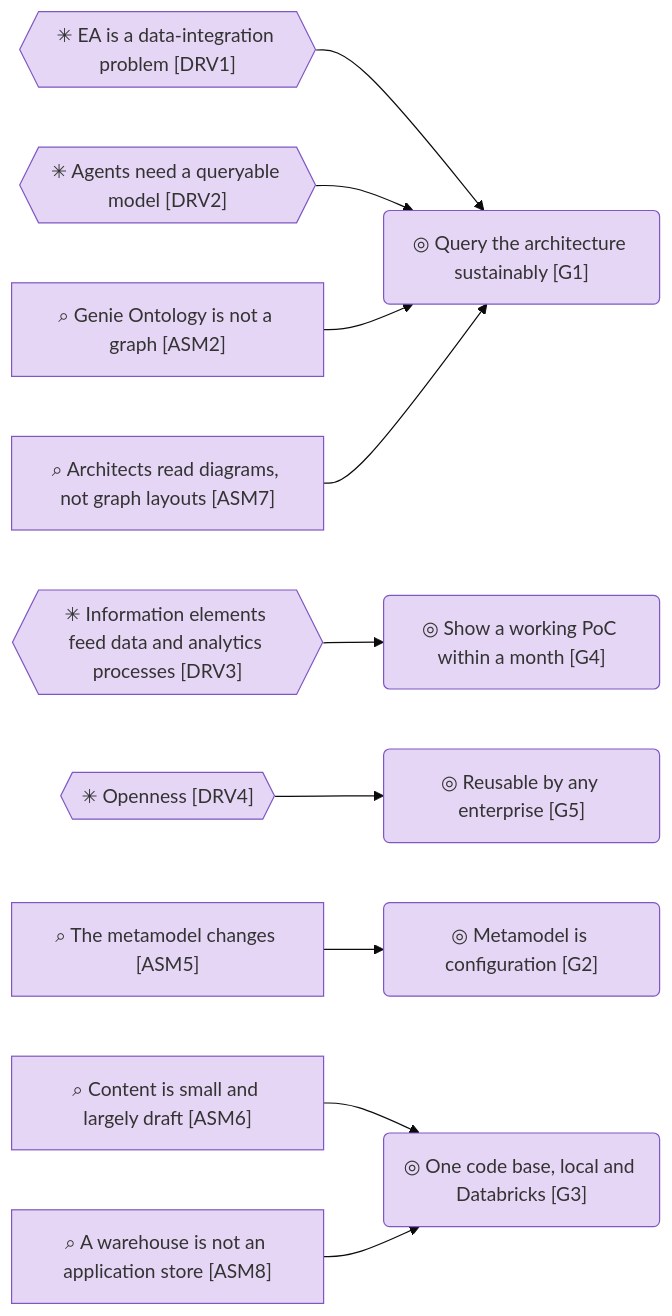
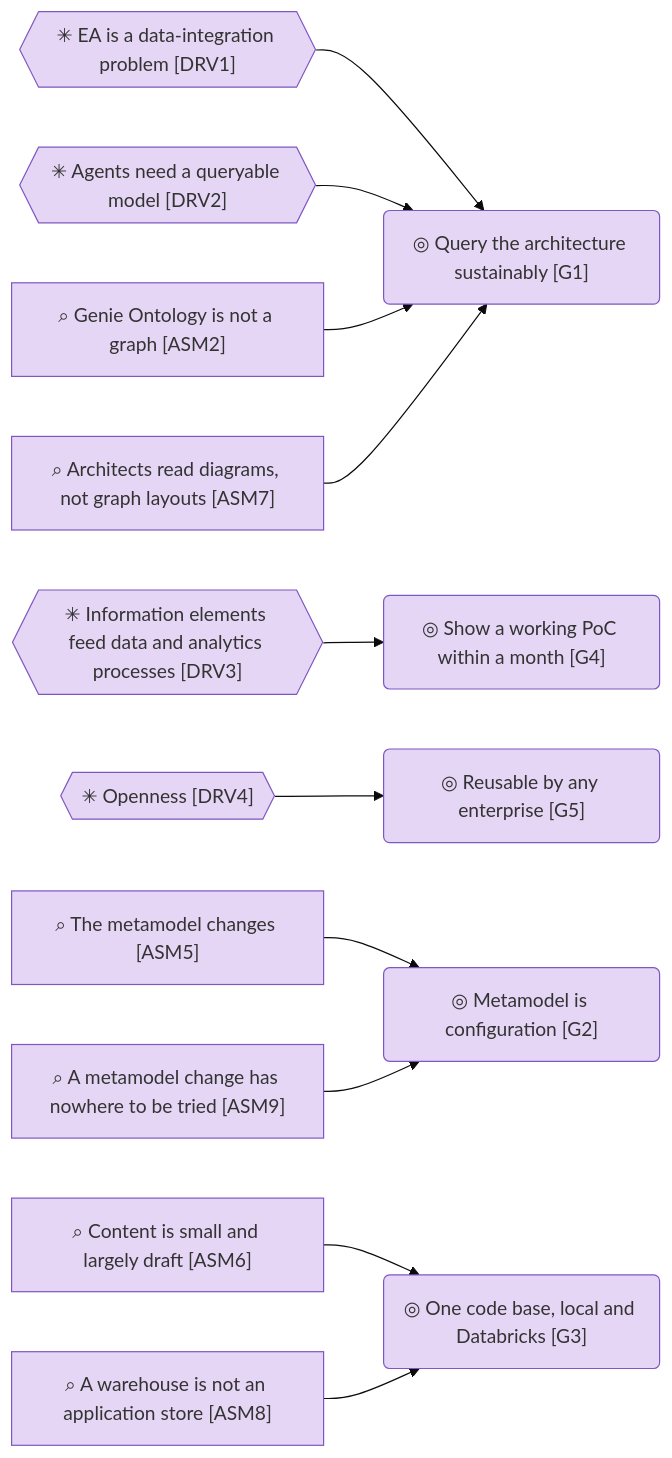
Before and after one commit to roanboc/dbx-enterprise-architecture: the third of 4 diagrams in architecture/1_strategy/1_motivation.md, drawn with Mermaid (base theme). The commit also changed other lines of this file and 91 other files, not shown here.

````diff
--- a/architecture/1_strategy/1_motivation.md
+++ b/architecture/1_strategy/1_motivation.md
@@ -66,28 +66,30 @@
 ```mermaid
 flowchart LR
   drv1{{"✳ EA is a data-integration problem [DRV1]"}}:::motivation
   drv2{{"✳ Agents need a queryable model [DRV2]"}}:::motivation
   drv3{{"✳ Information elements feed data and analytics processes [DRV3]"}}:::motivation
   drv4{{"✳ Openness [DRV4]"}}:::motivation
   asm2["⌕ Genie Ontology is not a graph [ASM2]"]:::motivation
   asm5["⌕ The metamodel changes [ASM5]"]:::motivation
   asm6["⌕ Content is small and largely draft [ASM6]"]:::motivation
   asm7["⌕ Architects read diagrams, not graph layouts [ASM7]"]:::motivation
   asm8["⌕ A warehouse is not an application store [ASM8]"]:::motivation
+  asm9["⌕ A metamodel change has nowhere to be tried [ASM9]"]:::motivation
   g1("◎ Query the architecture sustainably [G1]"):::motivation
   g2("◎ Metamodel is configuration [G2]"):::motivation
   g3("◎ One code base, local and Databricks [G3]"):::motivation
   g4("◎ Show a working PoC within a month [G4]"):::motivation
   g5("◎ Reusable by any enterprise [G5]"):::motivation
   drv1 --> g1
   drv2 --> g1
   drv3 --> g4
   drv4 --> g5
   asm2 --> g1
   asm7 --> g1
   asm5 --> g2
+  asm9 --> g2
   asm6 --> g3
   asm8 --> g3
 
   classDef motivation fill:#e6d6f5,stroke:#7e57c2,color:#333
 ```
````
